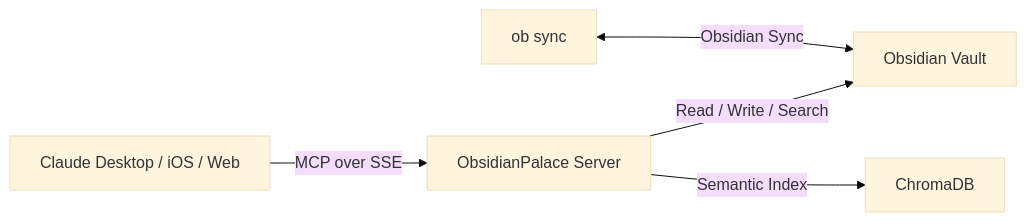
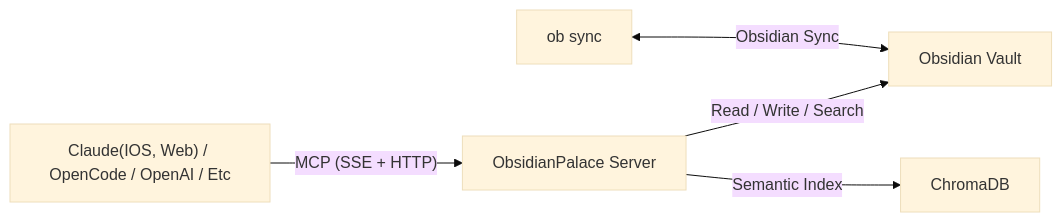
One commit to TheWinterShadow/ObsidianPalace changed the diagram in docs/index.md. Above: the diagram before and after it, drawn with Mermaid (base theme). The commit also changed 2 other files, not shown here.

Commit message:
feat: add Streamable HTTP transport at /mcp alongside SSE
OpenCode (and newer MCP clients) use Streamable HTTP instead of SSE.
Both transports share the same MCP server and OAuth provider.
- SSE: /sse + /messages/ (Claude Code/Desktop)
- Streamable HTTP: /mcp (OpenCode, newer clients)

````diff
--- a/docs/index.md
+++ b/docs/index.md
@@ -67,7 +67,7 @@
 ```mermaid
 flowchart LR
-    C["Claude Desktop / iOS / Web"] -->|"MCP over SSE"| S["ObsidianPalace Server"]
+    C["Claude(IOS, Web) / OpenCode / OpenAI / Etc"] -->|"MCP (SSE + HTTP)"| S["ObsidianPalace Server"]
     S -->|"Read / Write / Search"| V["Obsidian Vault"]
     S -->|"Semantic Index"| DB["ChromaDB"]
     OB["ob sync"] <-->|"Obsidian Sync"| V
 ```
````
